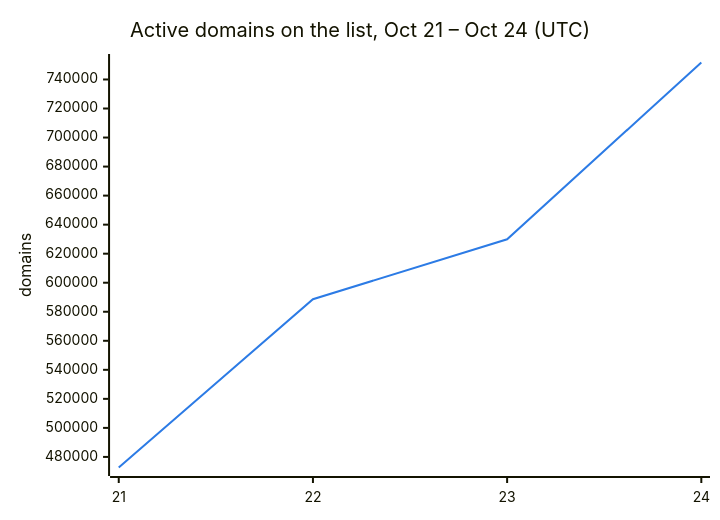
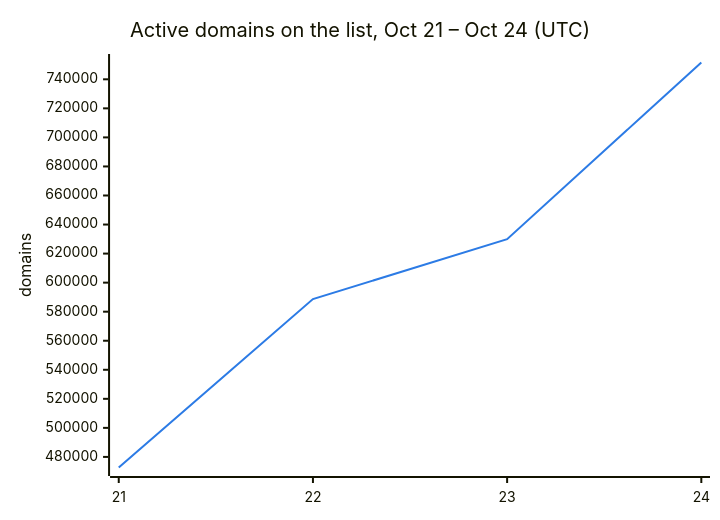
Before and after one commit to DNSBunker/CTI: the second of 3 diagrams in README.md, drawn with Mermaid. The commit also changed other lines of this file and 3 other files, not shown here.

````diff
--- a/README.md
+++ b/README.md
@@ -38,8 +38,8 @@
 ```mermaid
 %%{init: {"themeVariables": {"xyChart": {"plotColorPalette": "#2c7be5"}}}}%%
 xychart-beta
     title "Active domains on the list, Oct 21 – Oct 24 (UTC)"
     x-axis ["21", "22", "23", "24"]
     y-axis "domains"
-    line [472713, 588659, 629951, 751696]
+    line [472713, 588659, 629951, 751573]
 ```
````
